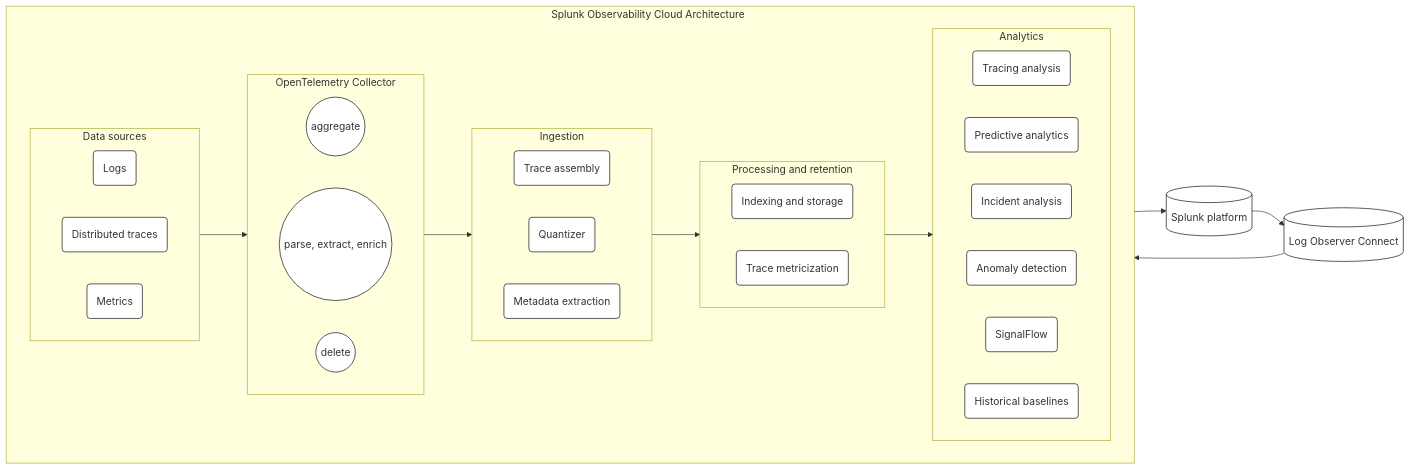
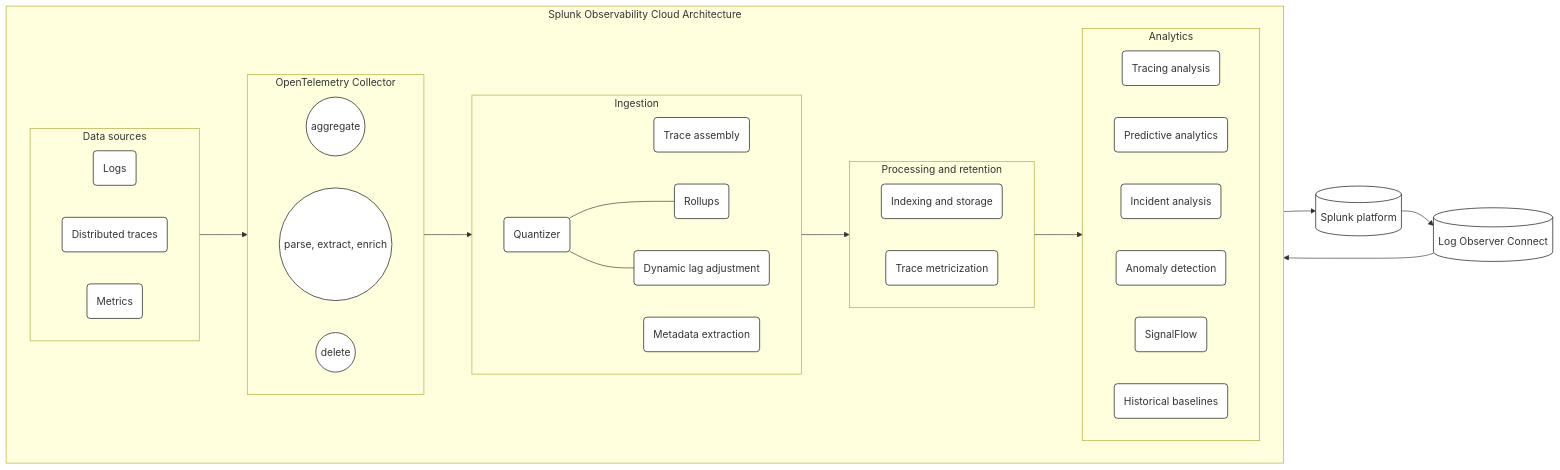
One commit to splunk/public-o11y-docs changed the diagram in get-started/welcome.rst. Above: the diagram before and after it, drawn with Mermaid. The commit also changed other lines of this file, not shown here.

Commit message:
Update Quantizer

```diff
--- a/get-started/welcome.rst
+++ b/get-started/welcome.rst
@@ -24,67 +24,65 @@
 .. mermaid::
 
   %%{
     init: {
       'theme': 'base',
       'themeVariables': {
         'primaryColor': '#FFFFFF',
         'primaryTextColor': '#000000',
         'primaryBorderColor': '#000000',
         'nodeBorder':'#000000',
         'lineColor': '#000000',
       }
     }
   }%%
 
   flowchart LR
       %% LR indicates the direction (left-to-right)
 
       %% You can define classes to style nodes and oth
       classDef default fill:#FFFFFF, stroke:#000
       log-->splunkPlatform[(Splunk platform)]-->logObserver[(Log Observer Connect)]-->analytics
       
-      subgraph o11yArchitecture[&nbsp&nbsp&nbsp&nbsp&nbsp&nbsp&nbsp&nbsp&nbsp&nbsp&nbsp&nbsp&nbsp&nbsp&nbsp&nbsp&nbsp&nbsp&nbsp&nbsp&nbsp&nbsp&nbsp&nbsp&nbsp&nbsp&nbsp&nbsp&nbsp&nbsp&nbsp&nbsp&nbsp&nbsp&nbsp&nbsp&nbsp&nbsp&nbsp&nbsp&nbsp&nbsp&nbsp&nbsp&nbsp&nbsp&nbsp&nbsp&nbsp&nbsp&nbsp&nbsp&nbsp&nbspSplunk Observability Cloud Architecture]
+      subgraph o11yArchitecture[Splunk Observability Cloud Architecture]
       direction LR
         data-->otel-->ingestion-->processingRetention-->analytics
 
         subgraph data[Data sources]
             direction LR
             log(Logs)
             disTrace(Distributed traces)
             metric(Metrics)
         end 
-
-
-
         
         subgraph otel[OpenTelemetry Collector]
             direction LR
             aggregate((aggregate))
             parse((parse, extract, enrich))
             delete((delete))
         end
 
         subgraph ingestion[Ingestion]
             direction LR 
             traceAssembly(Trace assembly)
-            quantizer(Quantizer)
+            quantizer(Quantizer)---rollups(Rollups)
+            quantizer---lagAdjust(Dynamic lag adjustment)
             metadataExtraction(Metadata extraction)
         end
 
         subgraph processingRetention[Processing and retention]
             direction LR 
             indexStorage(Indexing and storage)
             traceMetricization(Trace metricization)
         end
 
         subgraph analytics[Analytics]
             direction LR 
             traceAnalyis(Tracing analysis)
             predictiveAnalysis(Predictive analytics)
             incidentAnalysis(Incident analysis)
             anommalyDetection(Anomaly detection)
             signalflow(SignalFlow)
             historicalBaseline(Historical baselines)
         end
 
       end
```
